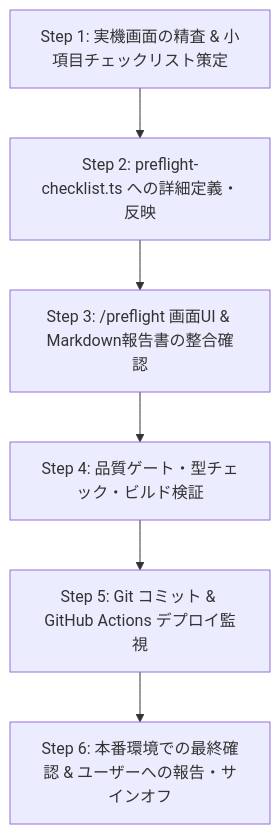
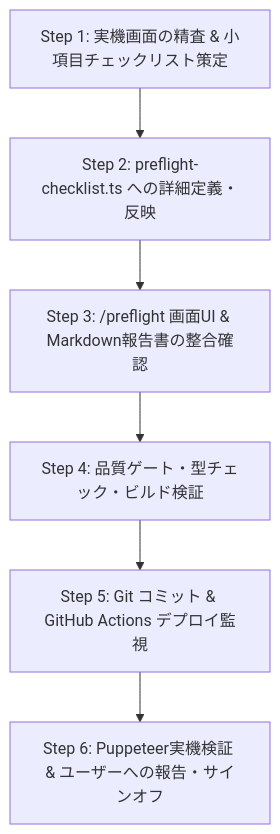
One commit to kanta13jp1/ai-park changed the diagram in .agents/skills/preflight-uat-workflow/SKILL.md. Above: the diagram before and after it, drawn with Mermaid. The commit also changed other lines of this file, not shown here.

````diff
--- a/.agents/skills/preflight-uat-workflow/SKILL.md
+++ b/.agents/skills/preflight-uat-workflow/SKILL.md
@@ -76,8 +81,8 @@
 ```mermaid
 flowchart TD
     S1["Step 1: 実機画面の精査 & 小項目チェックリスト策定"] --> S2["Step 2: preflight-checklist.ts への詳細定義・反映"]
     S2 --> S3["Step 3: /preflight 画面UI & Markdown報告書の整合確認"]
     S3 --> S4["Step 4: 品質ゲート・型チェック・ビルド検証"]
     S4 --> S5["Step 5: Git コミット & GitHub Actions デプロイ監視"]
-    S5 --> S6["Step 6: 本番環境での最終確認 & ユーザーへの報告・サインオフ"]
+    S5 --> S6["Step 6: Puppeteer実機検証 & ユーザーへの報告・サインオフ"]
 ```
````
